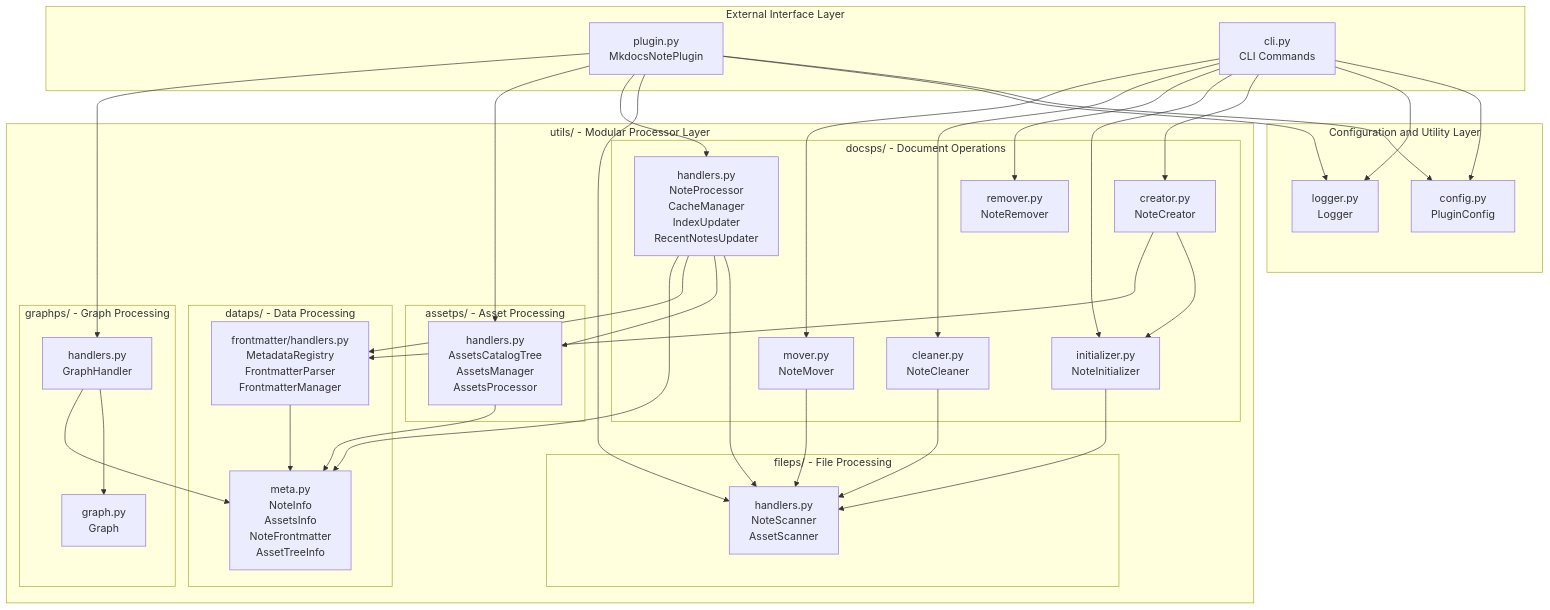
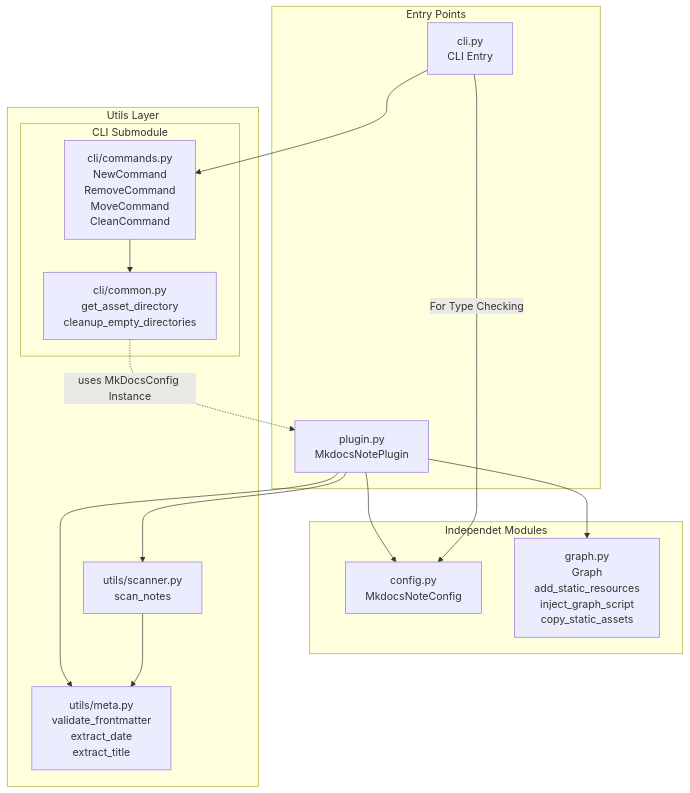
Before and after one commit to virtualguard101/mkdocs-note: the first of 6 diagrams in docs/contributing/architecture.md, drawn with Mermaid. The commit also changed other lines of this file and 1 other file, not shown here.

````diff
--- a/docs/contributing/architecture.md
+++ b/docs/contributing/architecture.md
@@ -134,74 +144,35 @@
 ```mermaid
 graph TB
-    subgraph "External Interface Layer"
+    subgraph "Entry Points"
         Plugin[plugin.py<br/>MkdocsNotePlugin]
-        CLI[cli.py<br/>CLI Commands]
+        CLI[cli.py<br/>CLI Entry]
     end
     
-    subgraph "Configuration and Utility Layer"
-        Config[config.py<br/>PluginConfig]
-        Logger[logger.py<br/>Logger]
+    subgraph "Independet Modules"
+        Config[config.py<br/>MkdocsNoteConfig]
+        Graph[graph.py<br/>Graph<br/>add_static_resources<br/>inject_graph_script<br/>copy_static_assets]
     end
     
-    subgraph "utils/ - Modular Processor Layer"
-        subgraph "docsps/ - Document Operations"
-            DocsHandlers[handlers.py<br/>NoteProcessor<br/>CacheManager<br/>IndexUpdater<br/>RecentNotesUpdater]
-            Creator[creator.py<br/>NoteCreator]
-            Cleaner[cleaner.py<br/>NoteCleaner]
-            Initializer[initializer.py<br/>NoteInitializer]
-            Remover[remover.py<br/>NoteRemover]
-            Mover[mover.py<br/>NoteMover]
-        end
+    subgraph "Utils Layer"
+        Meta[utils/meta.py<br/>validate_frontmatter<br/>extract_date<br/>extract_title]
+        Scanner[utils/scanner.py<br/>scan_notes]
         
-        subgraph "assetps/ - Asset Processing"
-            AssetsHandlers[handlers.py<br/>AssetsCatalogTree<br/>AssetsManager<br/>AssetsProcessor]
-        end
-        
-        subgraph "dataps/ - Data Processing"
-            Meta[meta.py<br/>NoteInfo<br/>AssetsInfo<br/>NoteFrontmatter<br/>AssetTreeInfo]
-            FrontmatterHandlers[frontmatter/handlers.py<br/>MetadataRegistry<br/>FrontmatterParser<br/>FrontmatterManager]
-        end
-        
-        subgraph "graphps/ - Graph Processing"
-            GraphHandlers[handlers.py<br/>GraphHandler]
-            Graph[graph.py<br/>Graph]
-        end
-        
-        subgraph "fileps/ - File Processing"
-            FileHandlers[handlers.py<br/>NoteScanner<br/>AssetScanner]
+        subgraph "CLI Submodule"
+            Commands[cli/commands.py<br/>NewCommand<br/>RemoveCommand<br/>MoveCommand<br/>CleanCommand]
+            Common[cli/common.py<br/>get_asset_directory<br/>cleanup_empty_directories]
         end
     end
     
     Plugin --> Config
-    Plugin --> Logger
-    Plugin --> FileHandlers
-    Plugin --> DocsHandlers
-    Plugin --> AssetsHandlers
-    Plugin --> GraphHandlers
+    Plugin --> Scanner
+    Plugin --> Meta
+    Plugin --> Graph
     
-    CLI --> Config
-    CLI --> Logger
-    CLI --> Creator
-    CLI --> Initializer
-    CLI --> Remover
-    CLI --> Cleaner
-    CLI --> Mover
+    CLI -->|For Type Checking| Config
+    CLI --> Commands
     
-    DocsHandlers --> FileHandlers
-    DocsHandlers --> AssetsHandlers
-    DocsHandlers --> FrontmatterHandlers
-    DocsHandlers --> Meta
+    Commands --> Common
+    Scanner --> Meta
     
-    Creator --> Initializer
-    Creator --> FrontmatterHandlers
-    
-    Cleaner --> FileHandlers
-    Mover --> FileHandlers
-    Initializer --> FileHandlers
-    
-    GraphHandlers --> Graph
-    GraphHandlers --> Meta
-    
-    AssetsHandlers --> Meta
-    FrontmatterHandlers --> Meta
+    Common -.->|uses MkDocsConfig Instance| Plugin
 ```
````
